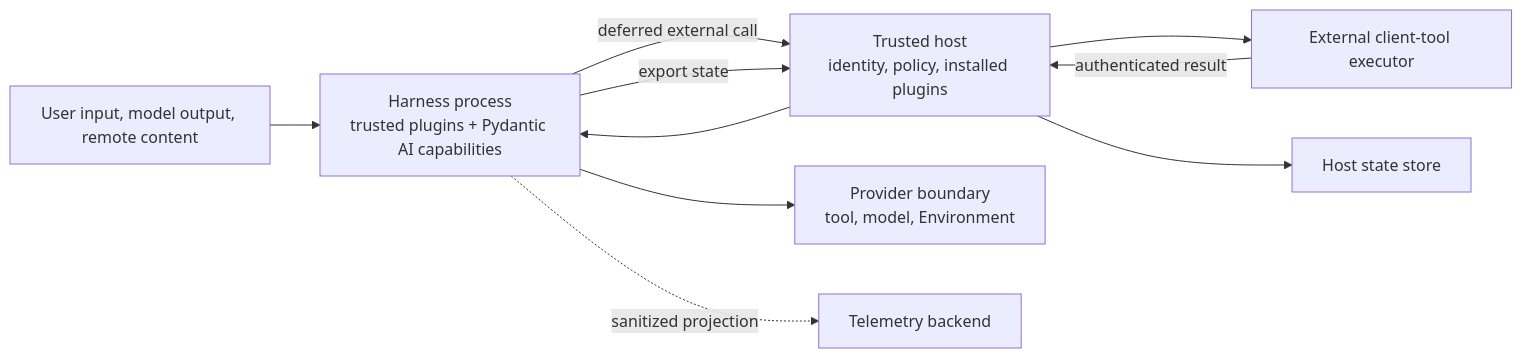
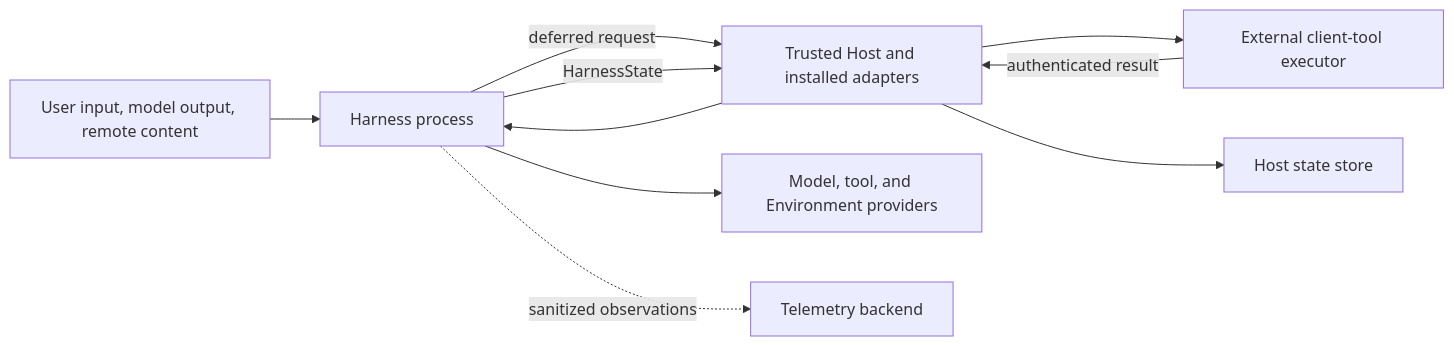
One commit to LTThreeComma/agent-foundation changed the diagram in spec/agent-harness/15-security-compatibility-and-tradeoffs.md. Above: the diagram before and after it, drawn with Mermaid. The commit also changed other lines of this file and 31 other files, not shown here.

````diff
--- a/spec/agent-harness/15-security-compatibility-and-tradeoffs.md
+++ b/spec/agent-harness/15-security-compatibility-and-tradeoffs.md
@@ -11,19 +11,18 @@
 ```mermaid
 flowchart LR
     Untrusted[User input, model output, remote content]
-    Host[Trusted host<br/>identity, policy, installed plugins]
-    Harness[Harness process<br/>trusted plugins + Pydantic AI capabilities]
-    Provider[Provider boundary<br/>tool, model, Environment]
+    Host[Trusted Host and installed adapters]
+    Harness[Harness process]
+    Provider[Model, tool, and Environment providers]
     Client[External client-tool executor]
-    State[Host state store]
+    Store[Host state store]
     Telemetry[Telemetry backend]
 
     Host --> Harness
     Untrusted --> Harness
     Harness --> Provider
-    Harness -->|deferred external call| Host --> Client
+    Harness -->|deferred request| Host --> Client
     Client -->|authenticated result| Host
-    Harness -->|export state| Host
-    Host --> State
-    Harness -. sanitized projection .-> Telemetry
+    Harness -->|HarnessState| Host --> Store
+    Harness -. sanitized observations .-> Telemetry
 ```
````
